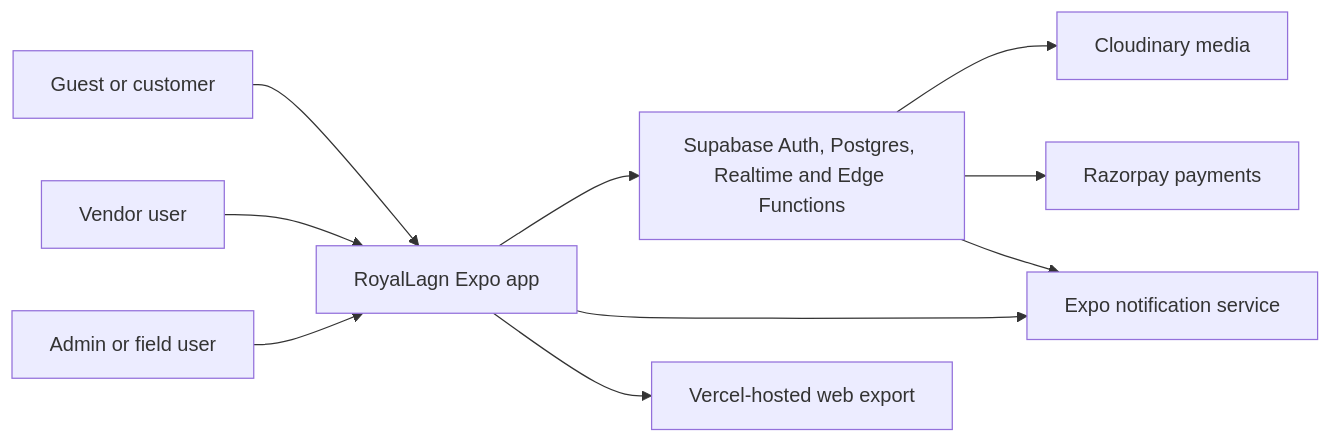
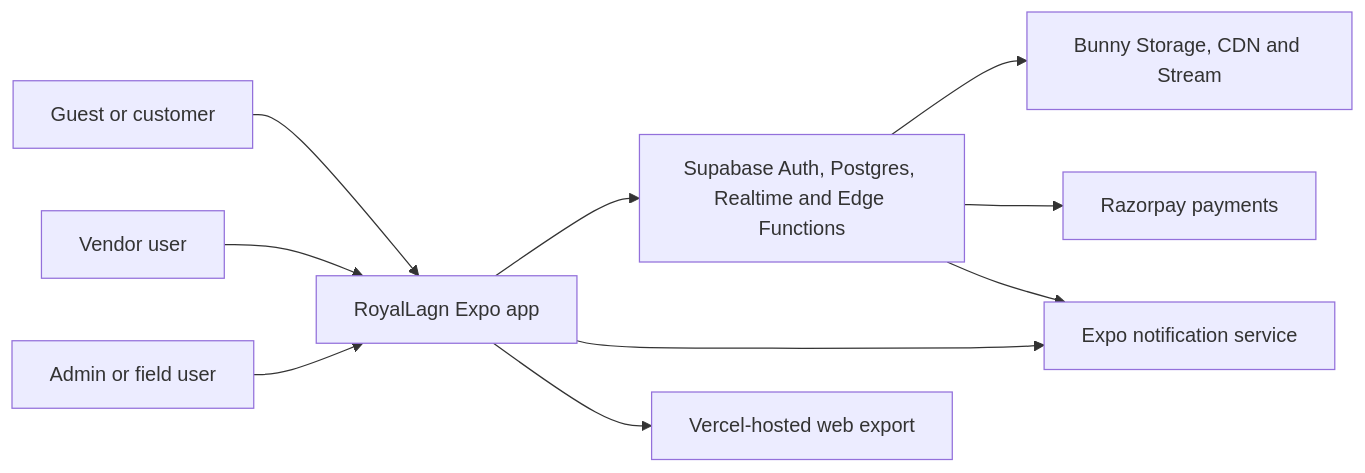
Before and after one commit to RoyalLagn/ROYAL-2.0: the first of 6 diagrams in docs/ARCHITECTURE.md, drawn with Mermaid. The commit also changed other lines of this file and 72 other files, not shown here.

Commit message:
Remove Cloudinary and complete Bunny migration

````diff
--- a/docs/ARCHITECTURE.md
+++ b/docs/ARCHITECTURE.md
@@ -24,12 +24,12 @@
 ```mermaid
 flowchart LR
     Guest[Guest or customer] --> Client[RoyalLagn Expo app]
     Vendor[Vendor user] --> Client
     Admin[Admin or field user] --> Client
     Client --> Supabase[Supabase Auth, Postgres, Realtime and Edge Functions]
     Client --> ExpoPush[Expo notification service]
-    Supabase --> Cloudinary[Cloudinary media]
+    Supabase --> Bunny[Bunny Storage, CDN and Stream]
     Supabase --> Razorpay[Razorpay payments]
     Supabase --> ExpoPush
     Client --> Vercel[Vercel-hosted web export]
 ```
````
